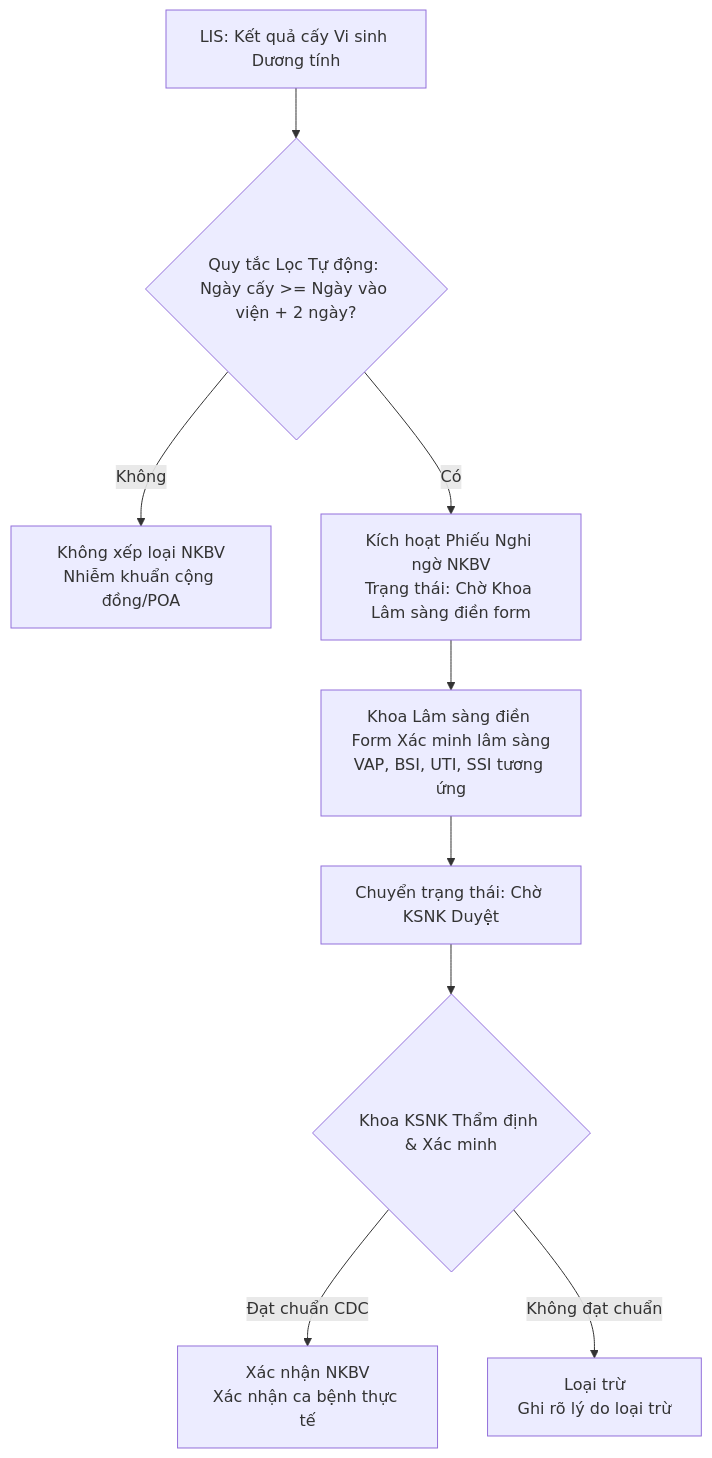
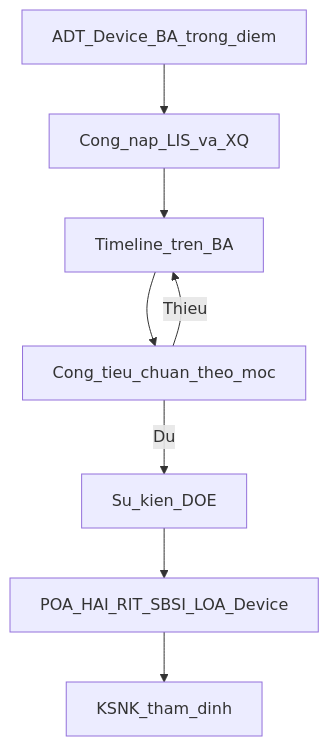
The diagram in docs/modules/nkbv/domain-specification.md (ksnkbv103-droid/ksnk_bv103_V2), drawn with Mermaid before and after one commit. The commit also changed other lines of this file and 739 other files, not shown here.

First line of the commit message:
feat: module Đào tạo, NKBV giám sát CDC, QR định danh và chuẩn hóa UI toàn hệ thống

````diff
--- a/docs/modules/nkbv/domain-specification.md
+++ b/docs/modules/nkbv/domain-specification.md
@@ -16,11 +18,10 @@
 ```mermaid
 flowchart TD
-    A[LIS: Kết quả cấy Vi sinh Dương tính] --> B{Quy tắc Lọc Tự động: Ngày cấy >= Ngày vào viện + 2 ngày?}
-    B -- Không --> C[Không xếp loại NKBV\nNhiễm khuẩn cộng đồng/POA]
-    B -- Có --> D[Kích hoạt Phiếu Nghi ngờ NKBV\nTrạng thái: Chờ Khoa Lâm sàng điền form]
-    D --> E[Khoa Lâm sàng điền Form Xác minh lâm sàng\nVAP, BSI, UTI, SSI tương ứng]
-    E --> F[Chuyển trạng thái: Chờ KSNK Duyệt]
-    F --> G{Khoa KSNK Thẩm định & Xác minh}
-    G -- Đạt chuẩn CDC --> H[Xác nhận NKBV\nXác nhận ca bệnh thực tế]
-    G -- Không đạt chuẩn --> I[Loại trừ\nGhi rõ lý do loại trừ]
+    A[ADT_Device_BA_trong_diem] --> B[Cong_nap_LIS_va_XQ]
+    B --> C[Timeline_tren_BA]
+    C --> D[Cong_tieu_chuan_theo_moc]
+    D -->|Du| E[Su_kien_DOE]
+    D -->|Thieu| C
+    E --> F[POA_HAI_RIT_SBSI_LOA_Device]
+    F --> G[KSNK_tham_dinh]
 ```
````
